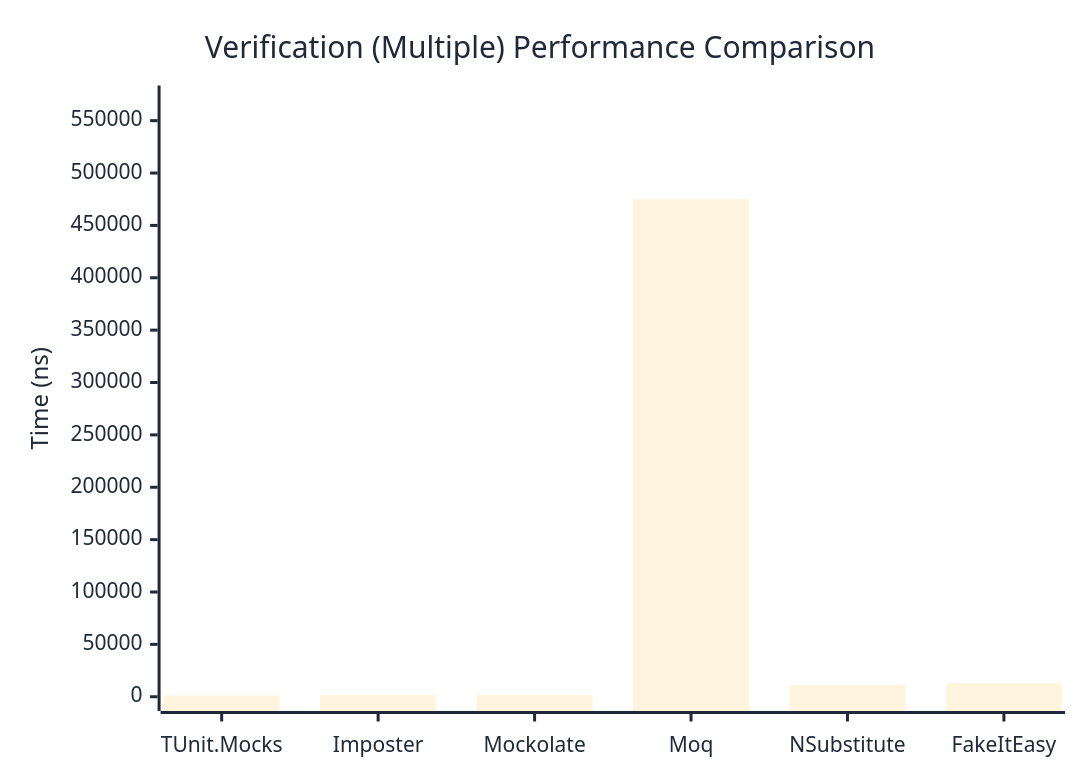
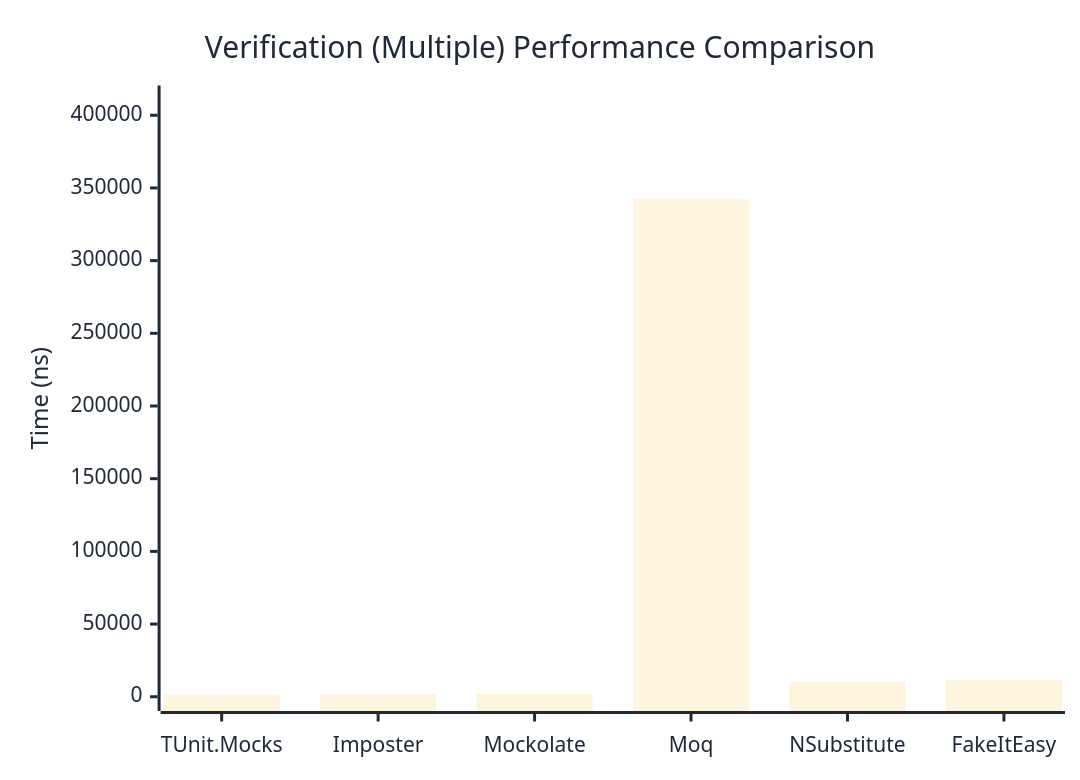
Before and after one commit to thomhurst/TUnit: the third of 3 diagrams in docs/docs/benchmarks/mocks/Verification.md, drawn with Mermaid. The commit also changed other lines of this file and 14 other files, not shown here.

````diff
--- a/docs/docs/benchmarks/mocks/Verification.md
+++ b/docs/docs/benchmarks/mocks/Verification.md
@@ -110,27 +110,27 @@
 ```mermaid
 %%{init: {
   'theme':'base',
   'themeVariables': {
     'primaryColor': '#2563eb',
     'primaryTextColor': '#1f2937',
     'primaryBorderColor': '#1e40af',
     'lineColor': '#6b7280',
     'secondaryColor': '#7c3aed',
     'tertiaryColor': '#dc2626',
     'background': '#ffffff',
     'pie1': '#2563eb',
     'pie2': '#7c3aed',
     'pie3': '#dc2626',
     'pie4': '#f59e0b',
     'pie5': '#10b981',
     'pie6': '#06b6d4',
     'pie7': '#ec4899',
     'pie8': '#6366f1'
   }
 }}%%
 xychart-beta
   title "Verification (Multiple) Performance Comparison"
   x-axis ["TUnit.Mocks", "Imposter", "Mockolate", "Moq", "NSubstitute", "FakeItEasy"]
-  y-axis "Time (ns)" 0 --> 569960
-  bar [1266.34, 1699.14, 1745.51, 474966.08, 11332.58, 12907.29]
+  y-axis "Time (ns)" 0 --> 410656
+  bar [1392.84, 1639.3, 1799.19, 342212.92, 10535.64, 11495.13]
 ```
````
